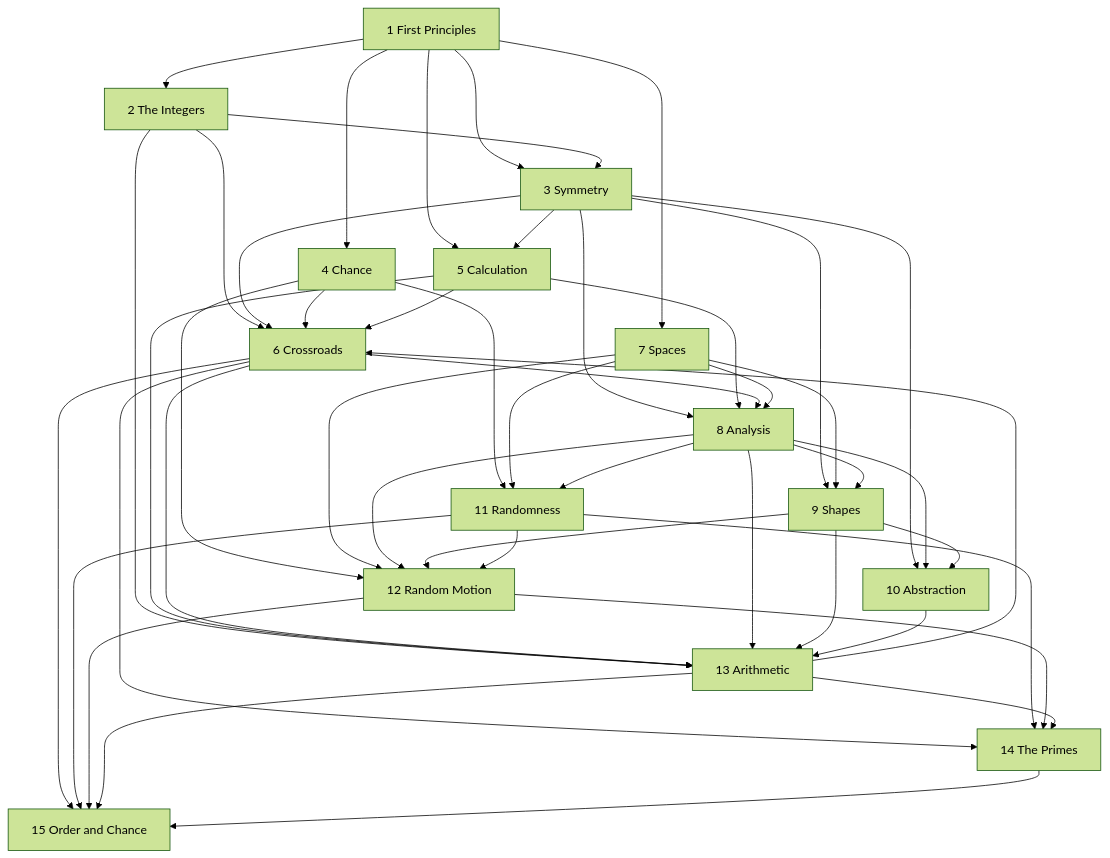
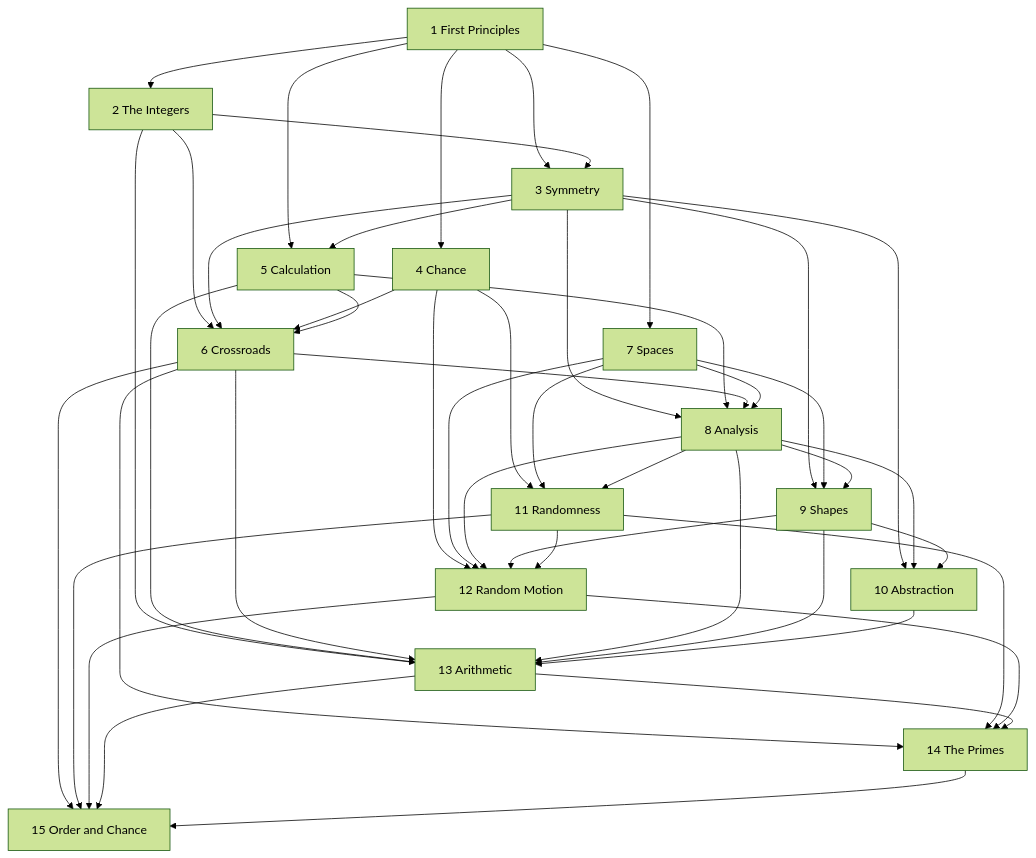
One commit to OussamaSegh/Order-and-Chance changed the diagram in docs/plan/SERIES-PLAN-REVIEW-2026-11.md. Above: the diagram before and after it, drawn with Mermaid (forest theme). The commit also changed other lines of this file, not shown here.

Commit message:
docs(plan): incorporate independent V5 prerequisite findings and make dependency graph acyclic

````diff
--- a/docs/plan/SERIES-PLAN-REVIEW-2026-11.md
+++ b/docs/plan/SERIES-PLAN-REVIEW-2026-11.md
@@ -697,63 +699,62 @@
 ```mermaid
 flowchart TD
   B1["1 First Principles"]
   B2["2 The Integers"]
   B3["3 Symmetry"]
   B4["4 Chance"]
   B5["5 Calculation"]
   B6["6 Crossroads"]
   B7["7 Spaces"]
   B8["8 Analysis"]
   B9["9 Shapes"]
   B10["10 Abstraction"]
   B11["11 Randomness"]
   B12["12 Random Motion"]
   B13["13 Arithmetic"]
   B14["14 The Primes"]
   B15["15 Order and Chance"]
   B1 --> B2
   B1 --> B3
   B1 --> B4
   B1 --> B5
   B1 --> B7
   B2 --> B3
   B2 --> B6
   B2 --> B13
   B3 --> B5
   B3 --> B6
   B3 --> B8
   B3 --> B9
   B3 --> B10
   B4 --> B6
   B4 --> B11
   B4 --> B12
   B5 --> B6
   B5 --> B8
   B5 --> B13
   B6 --> B8
   B6 --> B13
   B6 --> B14
   B6 --> B15
   B7 --> B8
   B7 --> B9
   B7 --> B11
   B7 --> B12
   B8 --> B9
   B8 --> B10
   B8 --> B11
   B8 --> B12
   B8 --> B13
   B9 --> B10
   B9 --> B12
   B9 --> B13
   B10 --> B13
   B11 --> B12
   B11 --> B14
   B11 --> B15
   B12 --> B14
   B12 --> B15
-  B13 --> B6
   B13 --> B14
   B13 --> B15
   B14 --> B15
 ```
````
